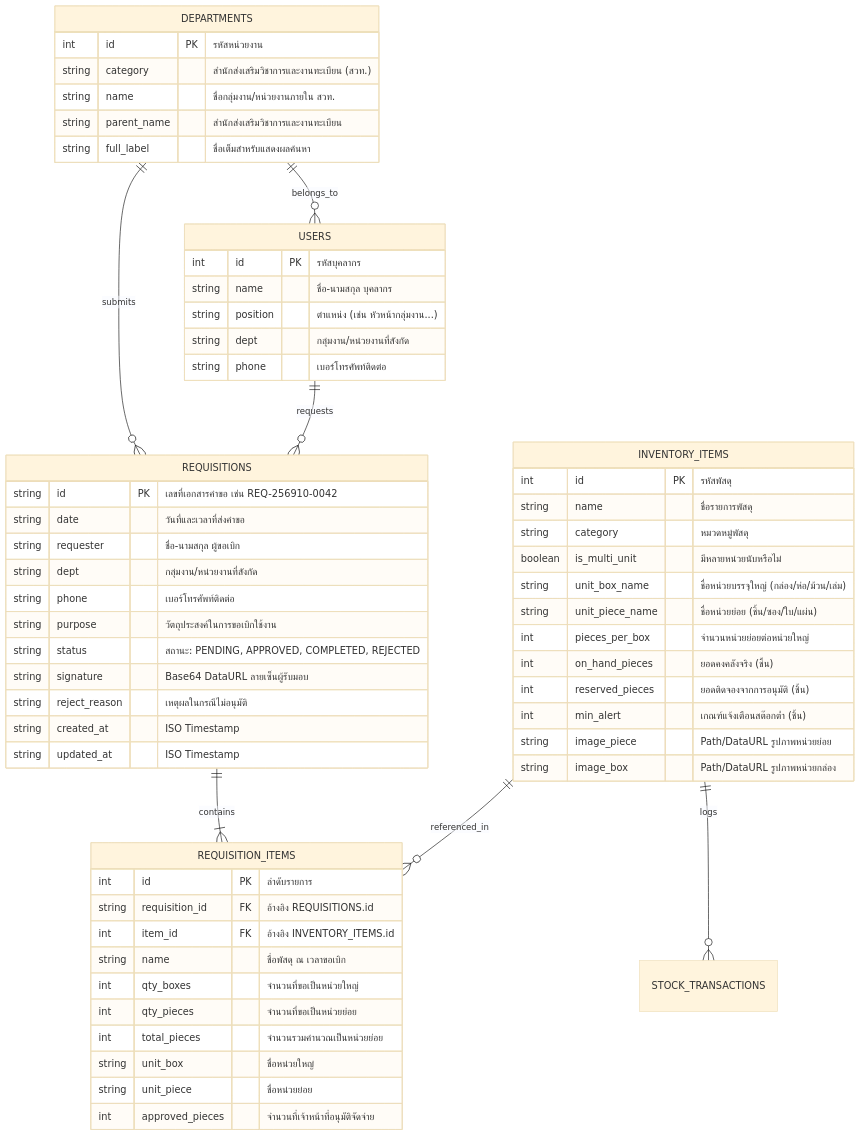
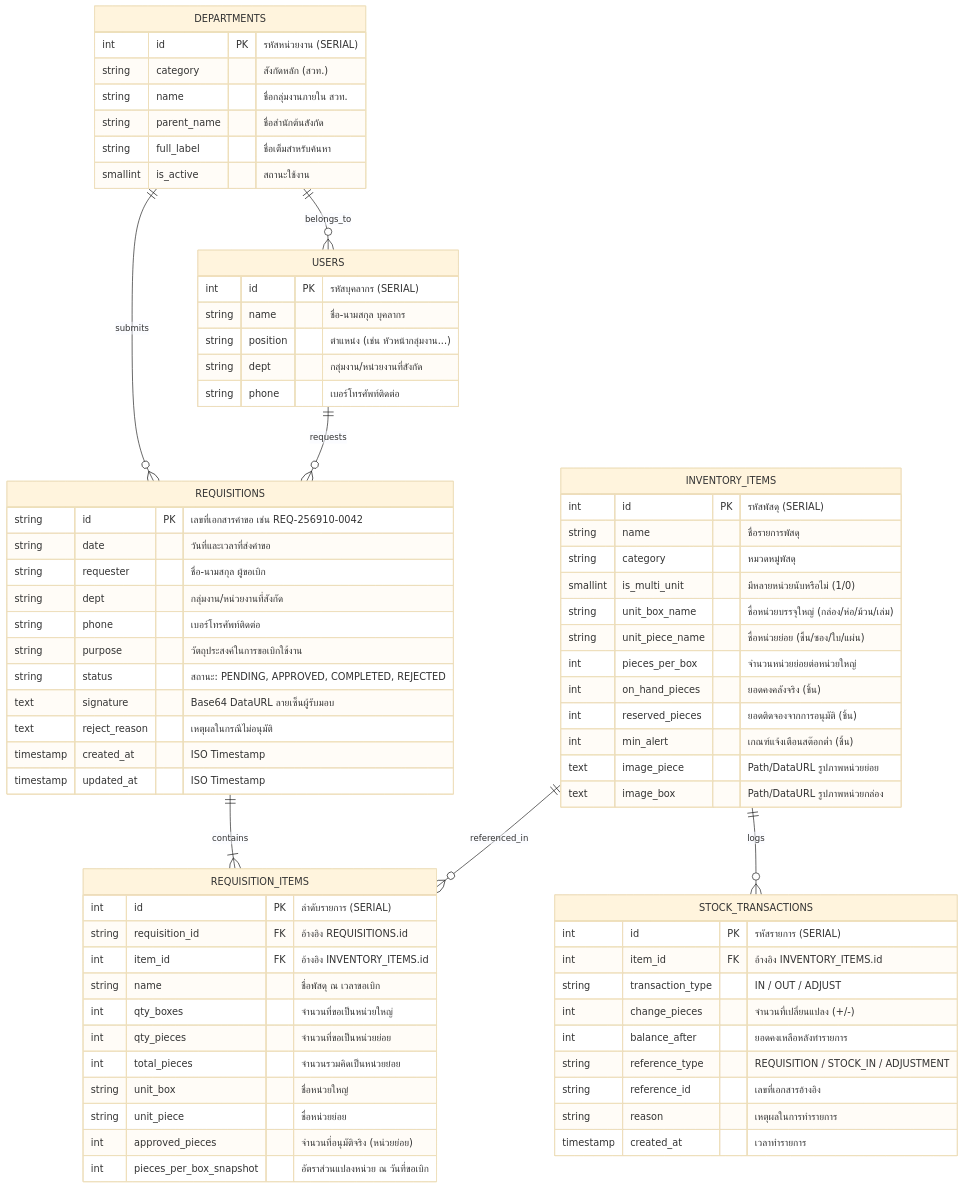
Before and after one commit to itsmekritsanai/stock-order-sdu: the diagram in docs/SCHEMA.md, drawn with Mermaid (base theme). The commit also changed other lines of this file and 22 other files, not shown here.

````diff
--- a/docs/SCHEMA.md
+++ b/docs/SCHEMA.md
@@ -8,67 +8,81 @@
 ```mermaid
 erDiagram
     DEPARTMENTS ||--o{ USERS : belongs_to
     DEPARTMENTS ||--o{ REQUISITIONS : submits
     USERS ||--o{ REQUISITIONS : requests
     REQUISITIONS ||--|{ REQUISITION_ITEMS : contains
     INVENTORY_ITEMS ||--o{ REQUISITION_ITEMS : referenced_in
     INVENTORY_ITEMS ||--o{ STOCK_TRANSACTIONS : logs
 
     USERS {
-        int id PK "รหัสบุคลากร"
+        int id PK "รหัสบุคลากร (SERIAL)"
         string name "ชื่อ-นามสกุล บุคลากร"
         string position "ตำแหน่ง (เช่น หัวหน้ากลุ่มงาน...)"
         string dept "กลุ่มงาน/หน่วยงานที่สังกัด"
         string phone "เบอร์โทรศัพท์ติดต่อ"
     }
 
     INVENTORY_ITEMS {
-        int id PK "รหัสพัสดุ"
+        int id PK "รหัสพัสดุ (SERIAL)"
         string name "ชื่อรายการพัสดุ"
         string category "หมวดหมู่พัสดุ"
-        boolean is_multi_unit "มีหลายหน่วยนับหรือไม่"
+        smallint is_multi_unit "มีหลายหน่วยนับหรือไม่ (1/0)"
         string unit_box_name "ชื่อหน่วยบรรจุใหญ่ (กล่อง/ห่อ/ม้วน/เล่ม)"
         string unit_piece_name "ชื่อหน่วยย่อย (ชิ้น/ซอง/ใบ/แผ่น)"
         int pieces_per_box "จำนวนหน่วยย่อยต่อหน่วยใหญ่"
         int on_hand_pieces "ยอดคงคลังจริง (ชิ้น)"
         int reserved_pieces "ยอดติดจองจากการอนุมัติ (ชิ้น)"
         int min_alert "เกณฑ์แจ้งเตือนสต๊อกต่ำ (ชิ้น)"
-        string image_piece "Path/DataURL รูปภาพหน่วยย่อย"
-        string image_box "Path/DataURL รูปภาพหน่วยกล่อง"
+        text image_piece "Path/DataURL รูปภาพหน่วยย่อย"
+        text image_box "Path/DataURL รูปภาพหน่วยกล่อง"
     }
 
     REQUISITIONS {
         string id PK "เลขที่เอกสารคำขอ เช่น REQ-256910-0042"
         string date "วันที่และเวลาที่ส่งคำขอ"
         string requester "ชื่อ-นามสกุล ผู้ขอเบิก"
         string dept "กลุ่มงาน/หน่วยงานที่สังกัด"
         string phone "เบอร์โทรศัพท์ติดต่อ"
         string purpose "วัตถุประสงค์ในการขอเบิกใช้งาน"
         string status "สถานะ: PENDING, APPROVED, COMPLETED, REJECTED"
-        string signature "Base64 DataURL ลายเซ็นผู้รับมอบ"
-        string reject_reason "เหตุผลในกรณีไม่อนุมัติ"
-        string created_at "ISO Timestamp"
-        string updated_at "ISO Timestamp"
+        text signature "Base64 DataURL ลายเซ็นผู้รับมอบ"
+        text reject_reason "เหตุผลในกรณีไม่อนุมัติ"
+        timestamp created_at "ISO Timestamp"
+        timestamp updated_at "ISO Timestamp"
     }
 
     REQUISITION_ITEMS {
-        int id PK "ลำดับรายการ"
+        int id PK "ลำดับรายการ (SERIAL)"
         string requisition_id FK "อ้างอิง REQUISITIONS.id"
         int item_id FK "อ้างอิง INVENTORY_ITEMS.id"
         string name "ชื่อพัสดุ ณ เวลาขอเบิก"
         int qty_boxes "จำนวนที่ขอเป็นหน่วยใหญ่"
         int qty_pieces "จำนวนที่ขอเป็นหน่วยย่อย"
-        int total_pieces "จำนวนรวมคำนวณเป็นหน่วยย่อย"
+        int total_pieces "จำนวนรวมคิดเป็นหน่วยย่อย"
         string unit_box "ชื่อหน่วยใหญ่"
         string unit_piece "ชื่อหน่วยย่อย"
-        int approved_pieces "จำนวนที่เจ้าหน้าที่อนุมัติจัดจ่าย"
+        int approved_pieces "จำนวนที่อนุมัติจริง (หน่วยย่อย)"
+        int pieces_per_box_snapshot "อัตราส่วนแปลงหน่วย ณ วันที่ขอเบิก"
+    }
+
+    STOCK_TRANSACTIONS {
+        int id PK "รหัสรายการ (SERIAL)"
+        int item_id FK "อ้างอิง INVENTORY_ITEMS.id"
+        string transaction_type "IN / OUT / ADJUST"
+        int change_pieces "จำนวนที่เปลี่ยนแปลง (+/-)"
+        int balance_after "ยอดคงเหลือหลังทำรายการ"
+        string reference_type "REQUISITION / STOCK_IN / ADJUSTMENT"
+        string reference_id "เลขที่เอกสารอ้างอิง"
+        string reason "เหตุผลในการทำรายการ"
+        timestamp created_at "เวลาทำรายการ"
     }
 
     DEPARTMENTS {
-        int id PK "รหัสหน่วยงาน"
-        string category "สำนักส่งเสริมวิชาการและงานทะเบียน (สวท.)"
-        string name "ชื่อกลุ่มงาน/หน่วยงานภายใน สวท."
-        string parent_name "สำนักส่งเสริมวิชาการและงานทะเบียน"
-        string full_label "ชื่อเต็มสำหรับแสดงผลค้นหา"
+        int id PK "รหัสหน่วยงาน (SERIAL)"
+        string category "สังกัดหลัก (สวท.)"
+        string name "ชื่อกลุ่มงานภายใน สวท."
+        string parent_name "ชื่อสำนักต้นสังกัด"
+        string full_label "ชื่อเต็มสำหรับค้นหา"
+        smallint is_active "สถานะใช้งาน"
     }
 ```
````
